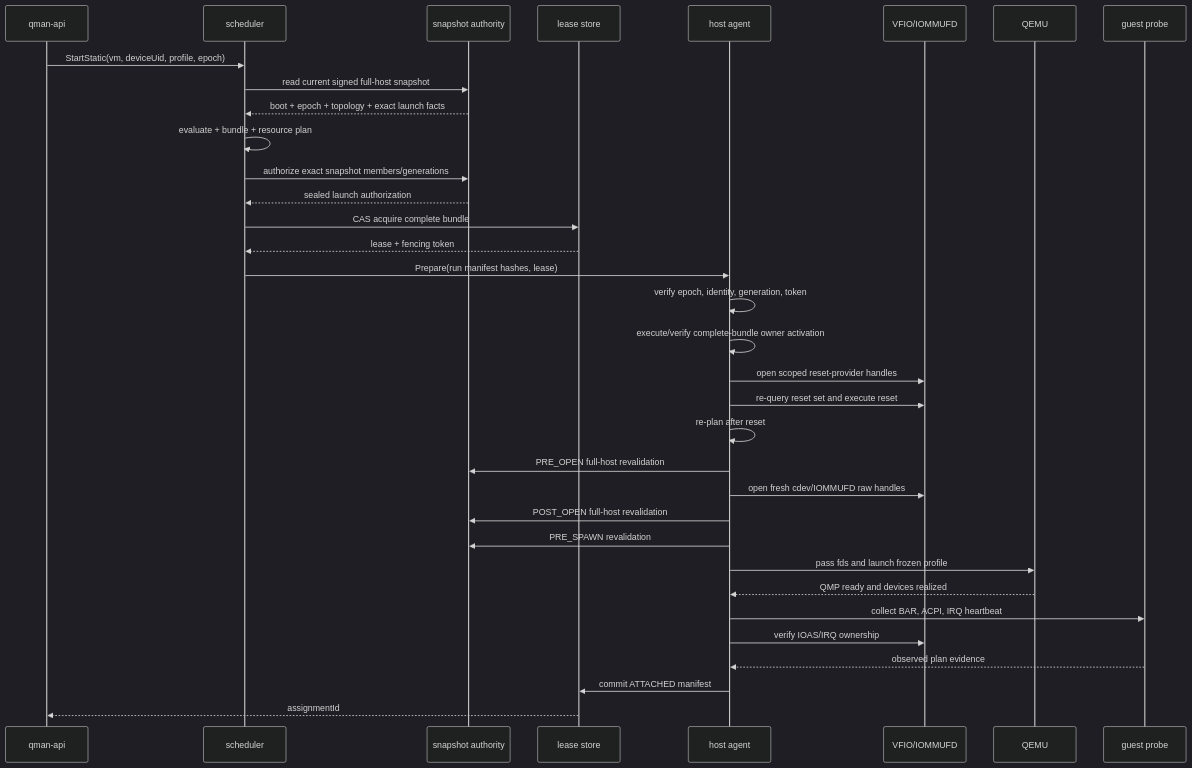
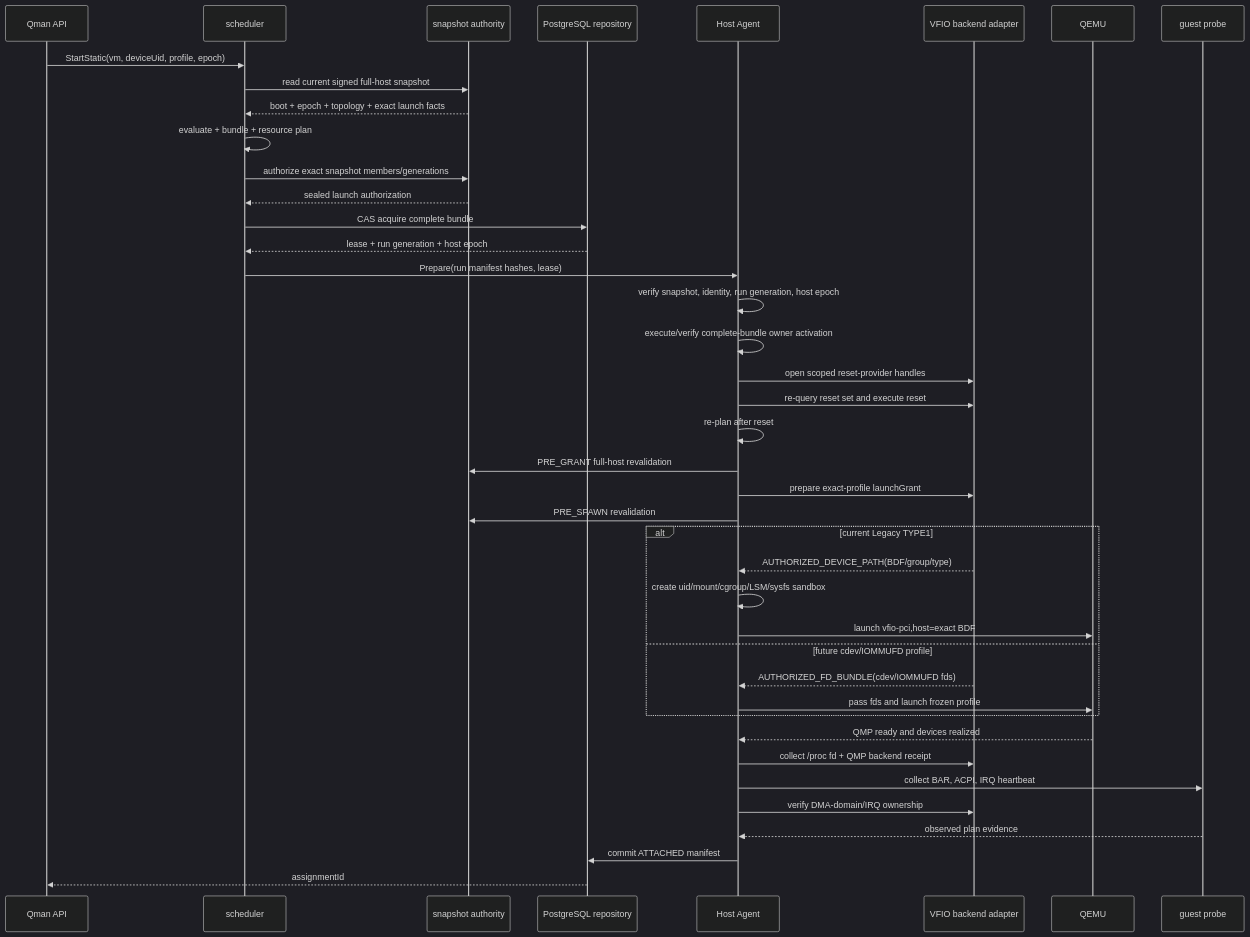
One commit to JoJoJoinme/pci-mmio-notes changed the ninth of 10 diagrams in qman-directpath-implementation-blueprint.md. Above: the diagram before and after it, drawn with Mermaid (dark theme). The commit also changed other lines of this file and 48 other files, not shown here.

````diff
--- a/qman-directpath-implementation-blueprint.md
+++ b/qman-directpath-implementation-blueprint.md
@@ -1189,37 +1259,44 @@
 ```mermaid
 sequenceDiagram
-    participant API as qman-api
+    participant API as Qman API
     participant S as scheduler
     participant P as snapshot authority
-    participant L as lease store
-    participant H as host agent
-    participant V as VFIO/IOMMUFD
+    participant L as PostgreSQL repository
+    participant H as Host Agent
+    participant V as VFIO backend adapter
     participant Q as QEMU
     participant G as guest probe
 
     API->>S: StartStatic(vm, deviceUid, profile, epoch)
     S->>P: read current signed full-host snapshot
     P-->>S: boot + epoch + topology + exact launch facts
     S->>S: evaluate + bundle + resource plan
     S->>P: authorize exact snapshot members/generations
     P-->>S: sealed launch authorization
     S->>L: CAS acquire complete bundle
-    L-->>S: lease + fencing token
+    L-->>S: lease + run generation + host epoch
     S->>H: Prepare(run manifest hashes, lease)
-    H->>H: verify epoch, identity, generation, token
+    H->>H: verify snapshot, identity, run generation, host epoch
     H->>H: execute/verify complete-bundle owner activation
     H->>V: open scoped reset-provider handles
     H->>V: re-query reset set and execute reset
     H->>H: re-plan after reset
-    H->>P: PRE_OPEN full-host revalidation
-    H->>V: open fresh cdev/IOMMUFD raw handles
-    H->>P: POST_OPEN full-host revalidation
+    H->>P: PRE_GRANT full-host revalidation
+    H->>V: prepare exact-profile launchGrant
     H->>P: PRE_SPAWN revalidation
-    H->>Q: pass fds and launch frozen profile
+    alt current Legacy TYPE1
+        V-->>H: AUTHORIZED_DEVICE_PATH(BDF/group/type)
+        H->>H: create uid/mount/cgroup/LSM/sysfs sandbox
+        H->>Q: launch vfio-pci,host=exact BDF
+    else future cdev/IOMMUFD profile
+        V-->>H: AUTHORIZED_FD_BUNDLE(cdev/IOMMUFD fds)
+        H->>Q: pass fds and launch frozen profile
+    end
     Q-->>H: QMP ready and devices realized
+    H->>V: collect /proc fd + QMP backend receipt
     H->>G: collect BAR, ACPI, IRQ heartbeat
-    H->>V: verify IOAS/IRQ ownership
+    H->>V: verify DMA-domain/IRQ ownership
     G-->>H: observed plan evidence
     H->>L: commit ATTACHED manifest
     L-->>API: assignmentId
 ```
````
